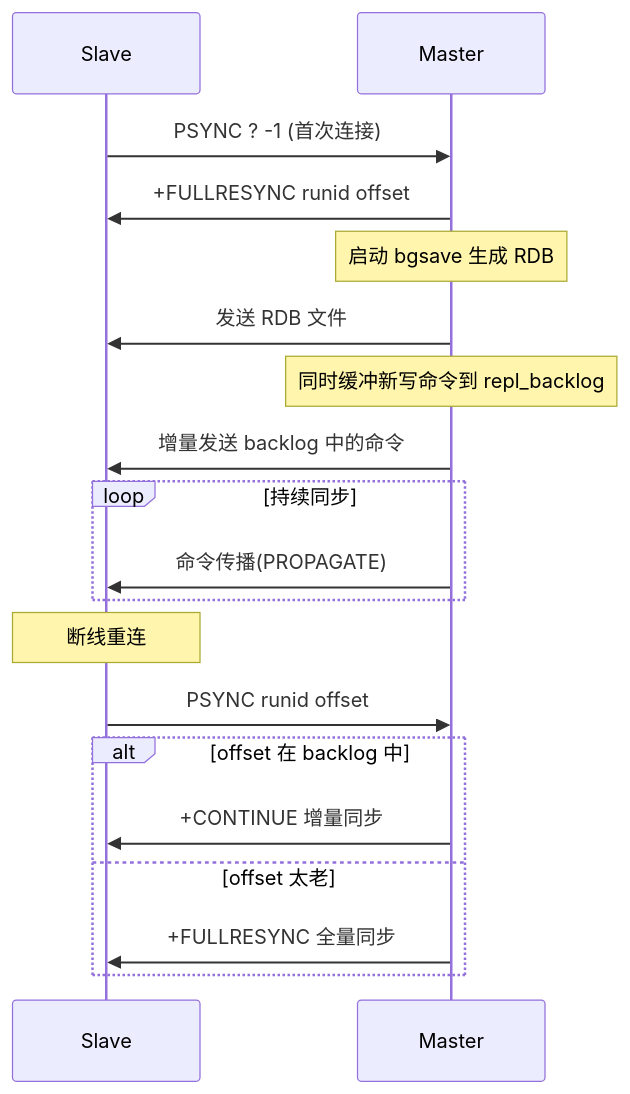
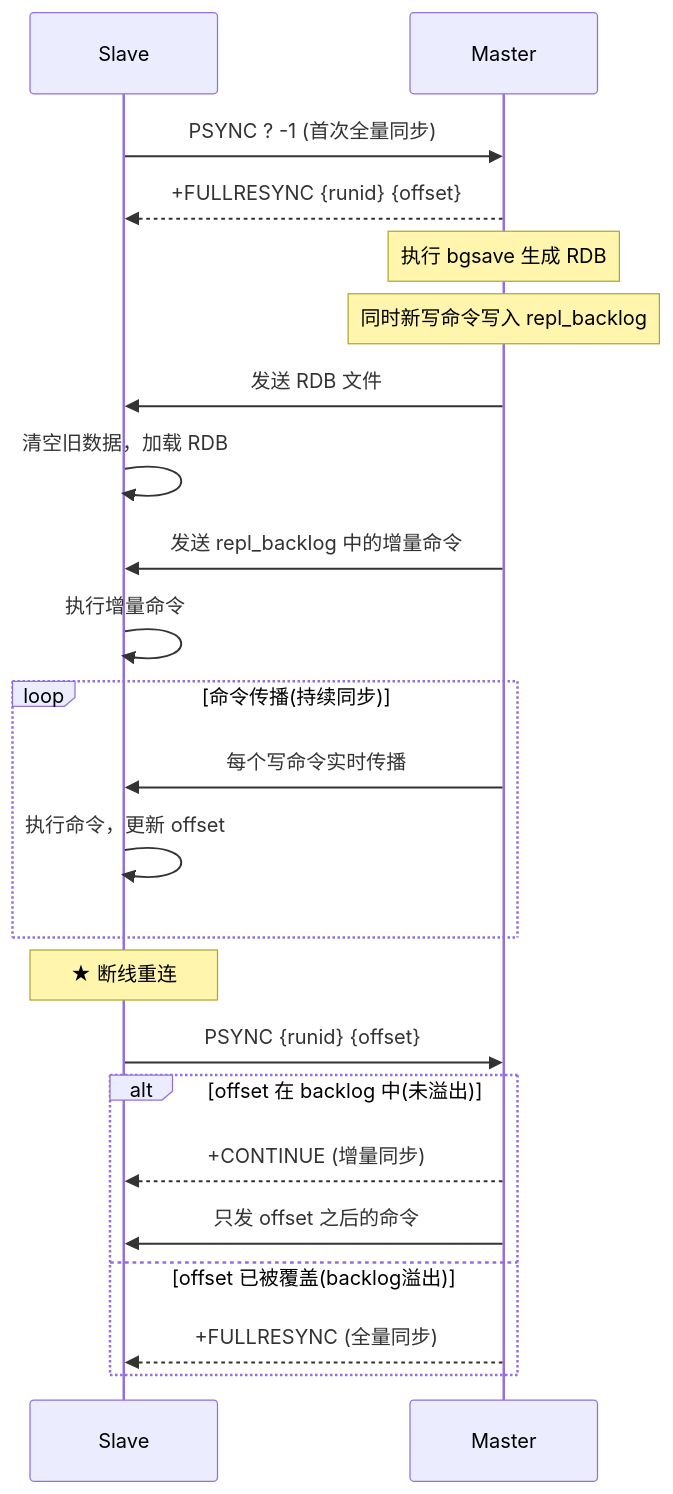
Before and after one commit to qigao0787-ops/gq-test: diagram 17 of 47 in document/strengthen/分布式技术面试总结_增强版.md, drawn with Mermaid. The commit also changed other lines of this file, not shown here.

````diff
--- a/document/strengthen/分布式技术面试总结_增强版.md
+++ b/document/strengthen/分布式技术面试总结_增强版.md
@@ -541,23 +1204,28 @@
 ```mermaid
 sequenceDiagram
     participant S as Slave
     participant M as Master
 
-    S->>M: PSYNC ? -1 (首次连接)
-    M->>S: +FULLRESYNC runid offset
-    Note over M: 启动 bgsave 生成 RDB
+    S->>M: PSYNC ? -1 (首次全量同步)
+    M-->>S: +FULLRESYNC {runid} {offset}
+    Note over M: 执行 bgsave 生成 RDB
+    Note over M: 同时新写命令写入 repl_backlog
     M->>S: 发送 RDB 文件
-    Note over M: 同时缓冲新写命令到 repl_backlog
-    M->>S: 增量发送 backlog 中的命令
-    loop 持续同步
-        M->>S: 命令传播(PROPAGATE)
+    S->>S: 清空旧数据，加载 RDB
+    M->>S: 发送 repl_backlog 中的增量命令
+    S->>S: 执行增量命令
+    
+    loop 命令传播(持续同步)
+        M->>S: 每个写命令实时传播
+        S->>S: 执行命令，更新 offset
     end
 
-    Note over S: 断线重连
-    S->>M: PSYNC runid offset
-    alt offset 在 backlog 中
-        M->>S: +CONTINUE 增量同步
-    else offset 太老
-        M->>S: +FULLRESYNC 全量同步
+    Note over S: ★ 断线重连
+    S->>M: PSYNC {runid} {offset}
+    alt offset 在 backlog 中(未溢出)
+        M-->>S: +CONTINUE (增量同步)
+        M->>S: 只发 offset 之后的命令
+    else offset 已被覆盖(backlog溢出)
+        M-->>S: +FULLRESYNC (全量同步)
     end
 ```
````
